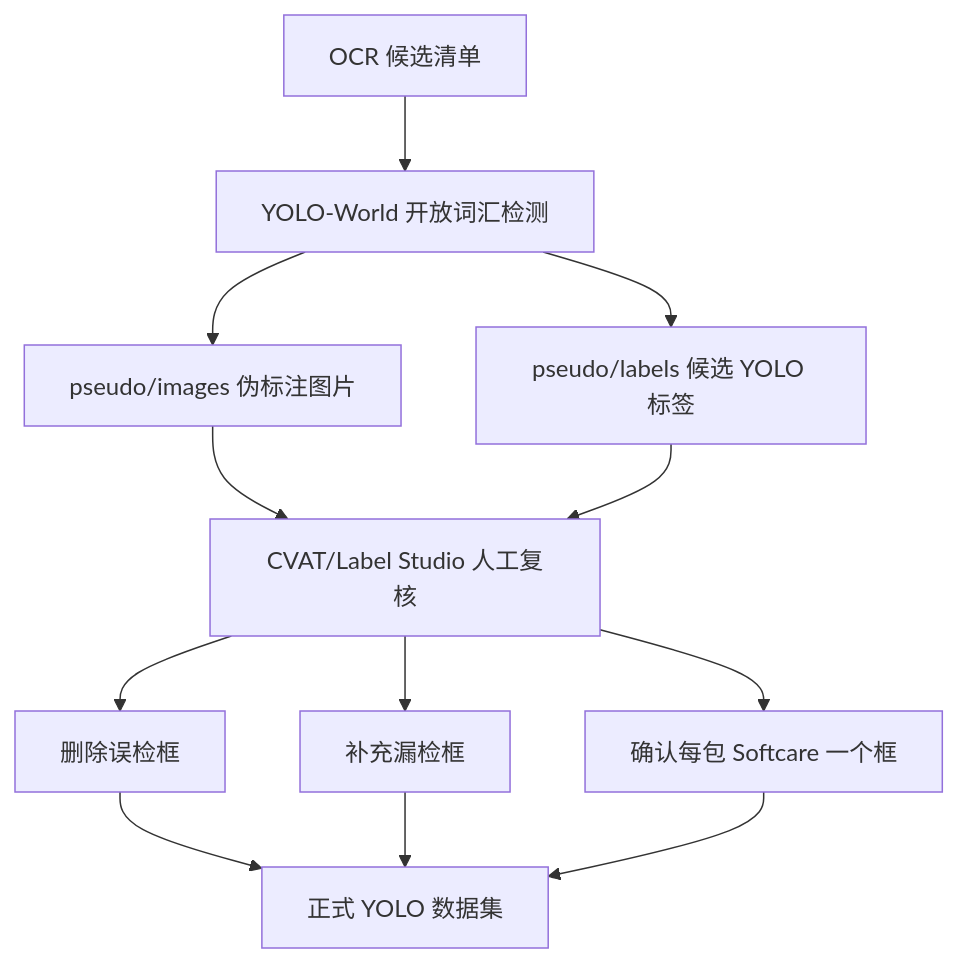
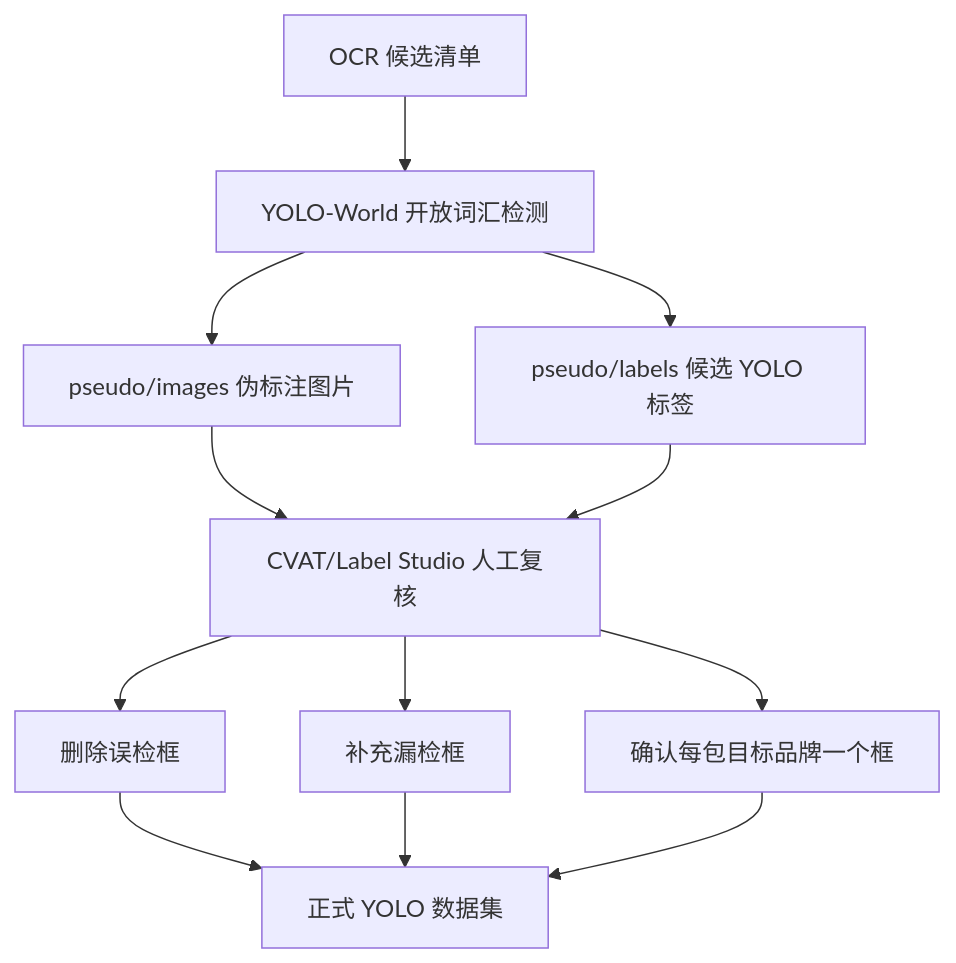
The third of 8 diagrams in 设计.md (rush1714/yoloExample), drawn with Mermaid before and after one commit. The commit also changed other lines of this file and 384 other files, not shown here.

````diff
--- a/设计.md
+++ b/设计.md
@@ -95,15 +108,15 @@
 ```mermaid
 flowchart TD
     A[OCR 候选清单]
     --> B[YOLO-World 开放词汇检测]
     B --> C[pseudo/images 伪标注图片]
     B --> D[pseudo/labels 候选 YOLO 标签]
     C --> E[CVAT/Label Studio 人工复核]
     D --> E
     E --> F[删除误检框]
     E --> G[补充漏检框]
-    E --> H[确认每包 Softcare 一个框]
+    E --> H[确认每包目标品牌一个框]
     F --> I[正式 YOLO 数据集]
     G --> I
     H --> I
 ```
````
